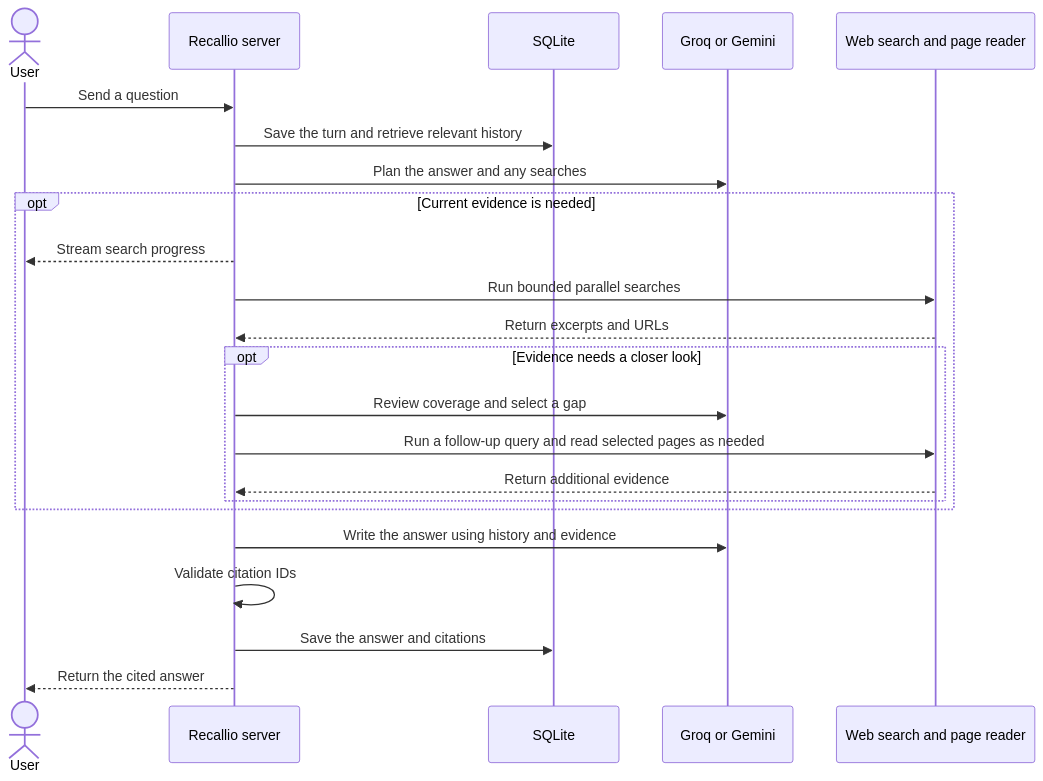
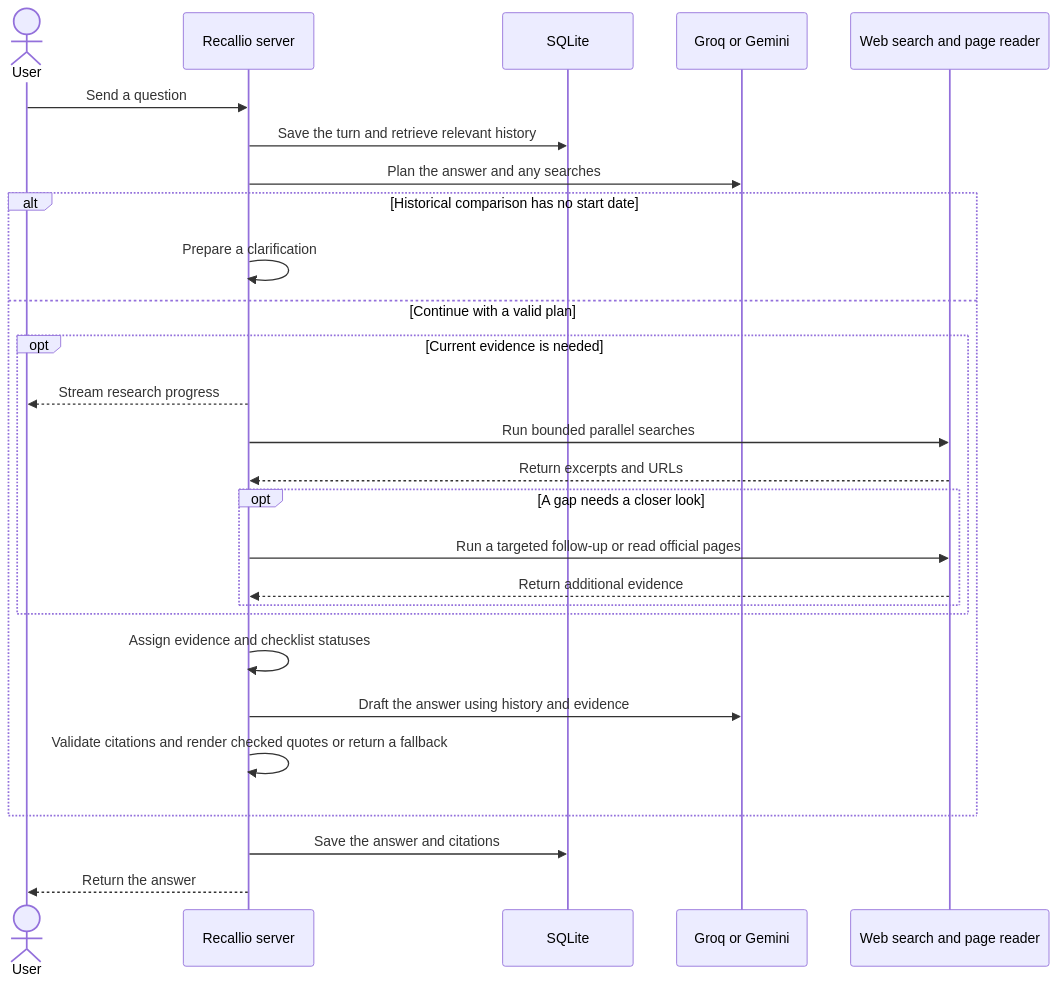
The second of 2 diagrams in README.md (pjha26/Recallio), drawn with Mermaid before and after one commit. The commit also changed other lines of this file and 1 other file, not shown here.

````diff
--- a/README.md
+++ b/README.md
@@ -25,25 +45,29 @@
 ```mermaid
 sequenceDiagram
     actor User
     participant App as Recallio server
     participant DB as SQLite
     participant Model as Groq or Gemini
     participant Web as Web search and page reader
     User->>App: Send a question
     App->>DB: Save the turn and retrieve relevant history
     App->>Model: Plan the answer and any searches
-    opt Current evidence is needed
-        App-->>User: Stream search progress
-        App->>Web: Run bounded parallel searches
-        Web-->>App: Return excerpts and URLs
-        opt Evidence needs a closer look
-            App->>Model: Review coverage and select a gap
-            App->>Web: Run a follow-up query and read selected pages as needed
-            Web-->>App: Return additional evidence
+    alt Historical comparison has no start date
+        App->>App: Prepare a clarification
+    else Continue with a valid plan
+        opt Current evidence is needed
+            App-->>User: Stream research progress
+            App->>Web: Run bounded parallel searches
+            Web-->>App: Return excerpts and URLs
+            opt A gap needs a closer look
+                App->>Web: Run a targeted follow-up or read official pages
+                Web-->>App: Return additional evidence
+            end
         end
+        App->>App: Assign evidence and checklist statuses
+        App->>Model: Draft the answer using history and evidence
+        App->>App: Validate citations and render checked quotes or return a fallback
     end
-    App->>Model: Write the answer using history and evidence
-    App->>App: Validate citation IDs
     App->>DB: Save the answer and citations
-    App-->>User: Return the cited answer
+    App-->>User: Return the answer
 ```
````
